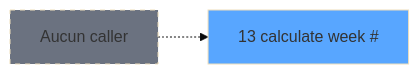
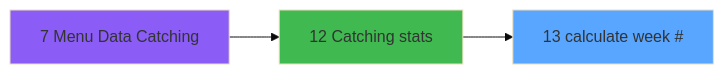
One commit to thonyAGP/magic-migration changed the second of 3 diagrams in .openspec/specs/ADH-IDE-13.md. Above: the diagram before and after it, drawn with Mermaid (base theme). The commit also changed other lines of this file and 253 other files, not shown here.

````diff
--- a/.openspec/specs/ADH-IDE-13.md
+++ b/.openspec/specs/ADH-IDE-13.md
@@ -142,8 +158,11 @@
 ```mermaid
 graph LR
     T13[13 calculate week #]
     style T13 fill:#58a6ff
-    NONE[Aucun caller]
-    NONE -.-> T13
-    style NONE fill:#6b7280,stroke-dasharray: 5 5
+    CC7[7 Menu Data Catching]
+    style CC7 fill:#8b5cf6
+    CC12[12 Catching stats]
+    style CC12 fill:#3fb950
+    CC7 --> CC12
+    CC12 --> T13
 ```
````
